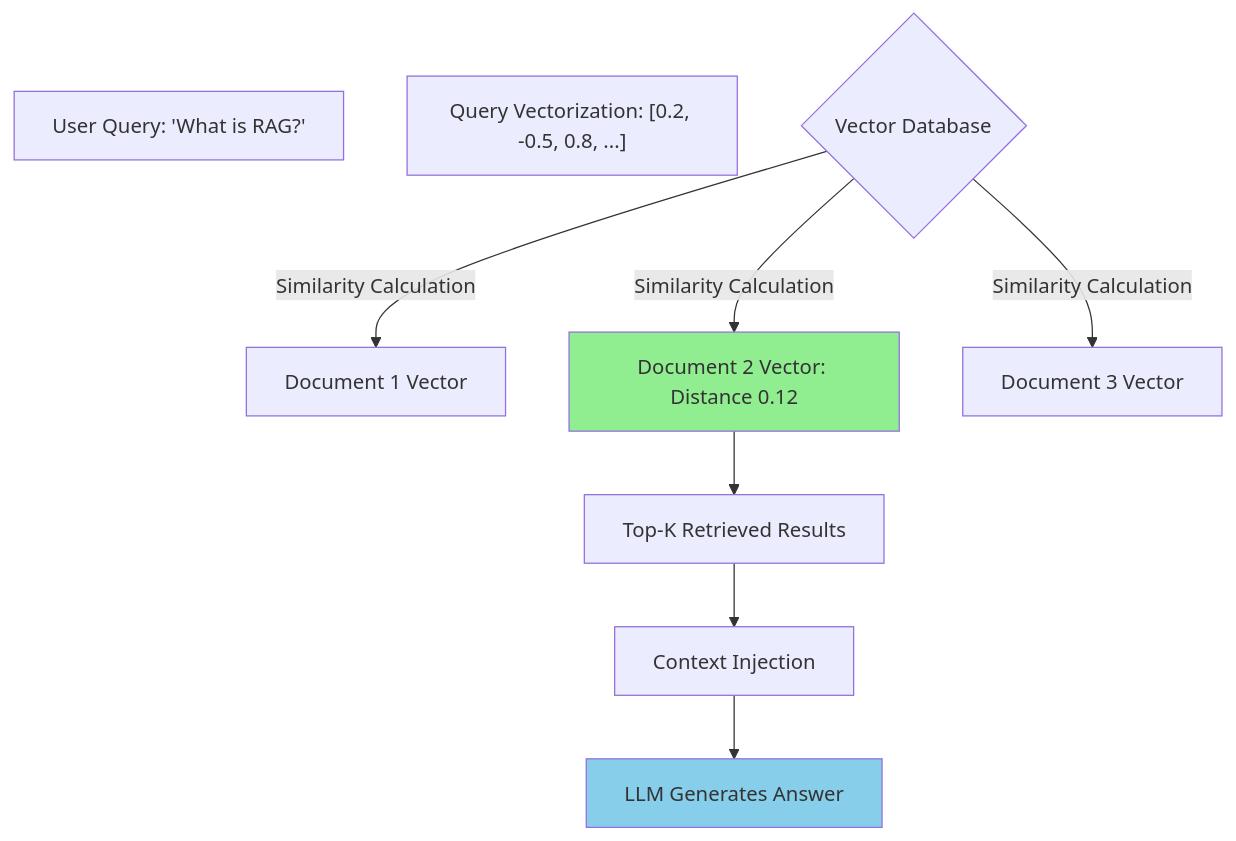
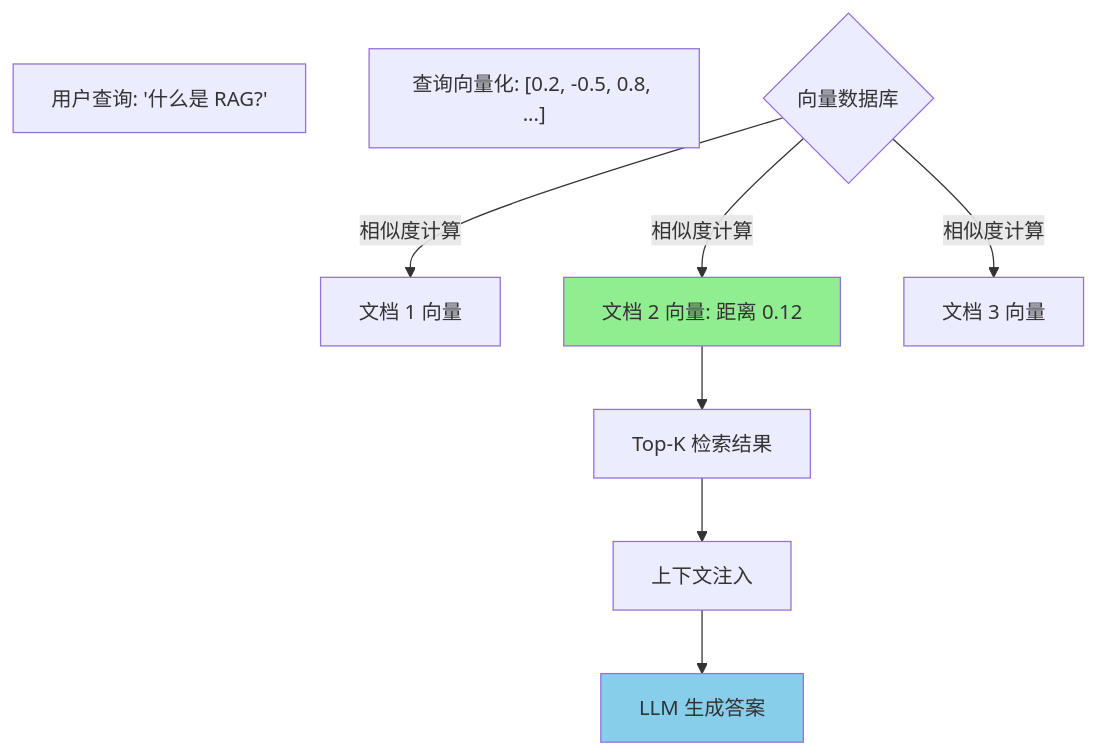
The second of 15 diagrams in i18n/zh-Hans/docusaurus-plugin-content-docs/current/ai/rag/01-introduction.mdx (YiWang24/AiDIY), drawn with Mermaid before and after one commit. The commit also changed other lines of this file and 59 other files, not shown here.

````diff
--- a/i18n/zh-Hans/docusaurus-plugin-content-docs/current/ai/rag/01-introduction.mdx
+++ b/i18n/zh-Hans/docusaurus-plugin-content-docs/current/ai/rag/01-introduction.mdx
@@ -98,20 +98,20 @@
 ```mermaid
 flowchart TB
-    A["User Query: 'What is RAG?'"]
-    B["Query Vectorization: [0.2, -0.5, 0.8, ...]"]
-    C{"Vector Database"}
-    D["Document 1 Vector"]
-    E["Document 2 Vector: Distance 0.12"]
-    F["Document 3 Vector"]
+    A["用户查询: '什么是 RAG?'"]
+    B["查询向量化: [0.2, -0.5, 0.8, ...]"]
+    C{"向量数据库"}
+    D["文档 1 向量"]
+    E["文档 2 向量: 距离 0.12"]
+    F["文档 3 向量"]
 
-    C -->|Similarity Calculation| D
-    C -->|Similarity Calculation| E
-    C -->|Similarity Calculation| F
+    C -->|相似度计算| D
+    C -->|相似度计算| E
+    C -->|相似度计算| F
 
-    E --> G["Top-K Retrieved Results"]
-    G --> H["Context Injection"]
-    H --> I["LLM Generates Answer"]
+    E --> G["Top-K 检索结果"]
+    G --> H["上下文注入"]
+    H --> I["LLM 生成答案"]
 
     style E fill:#90EE90
     style I fill:#87CEEB
 ```
````
